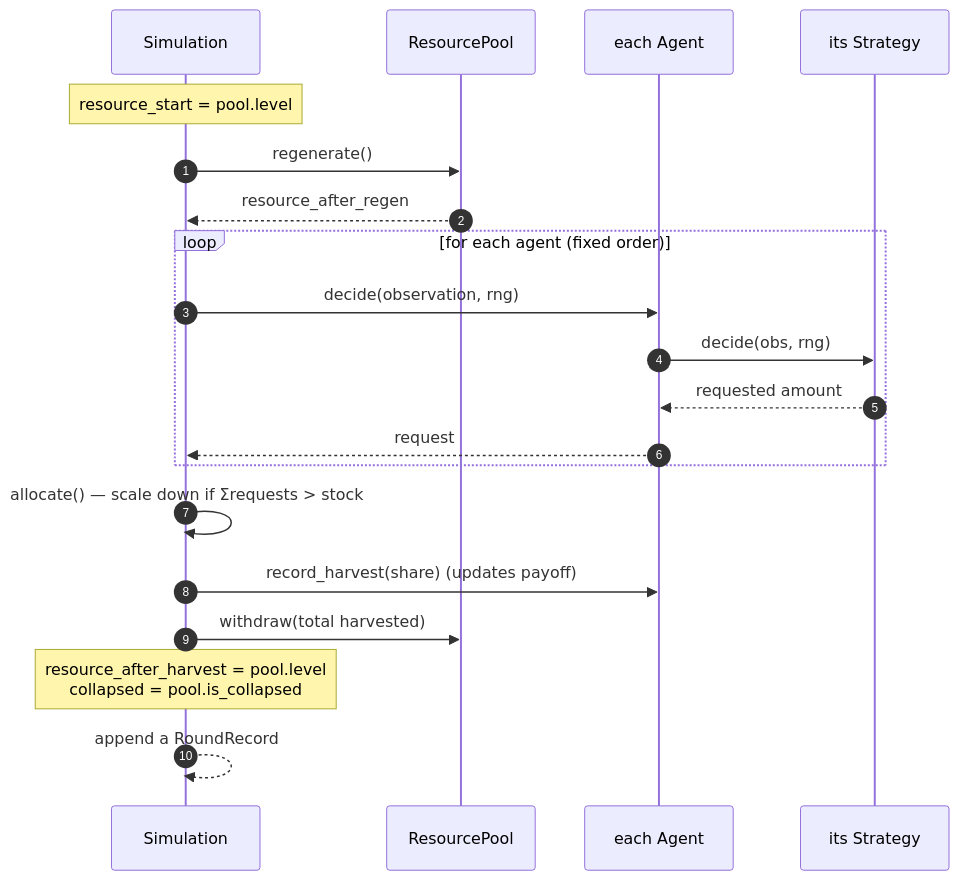
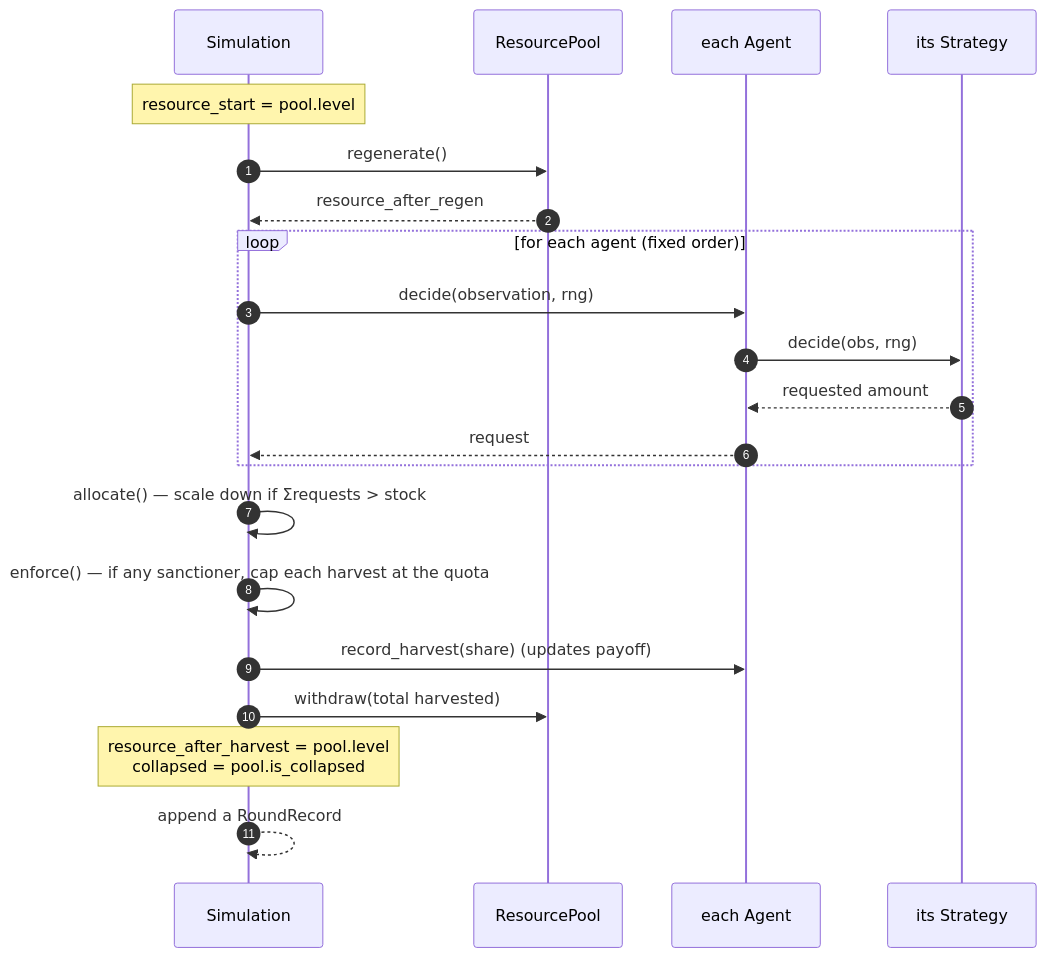
The fifth of 6 diagrams in docs/code-walkthrough.md (loonaarc/wfp2), drawn with Mermaid before and after one commit. The commit also changed other lines of this file and 8 other files, not shown here.

````diff
--- a/docs/code-walkthrough.md
+++ b/docs/code-walkthrough.md
@@ -331,23 +351,24 @@
 ```mermaid
 sequenceDiagram
     autonumber
     participant Sim as Simulation
     participant Pool as ResourcePool
     participant A as each Agent
     participant St as its Strategy
 
     Note over Sim: resource_start = pool.level
     Sim->>Pool: regenerate()
     Pool-->>Sim: resource_after_regen
     loop for each agent (fixed order)
         Sim->>A: decide(observation, rng)
         A->>St: decide(obs, rng)
         St-->>A: requested amount
         A-->>Sim: request
     end
     Sim->>Sim: allocate() — scale down if Σrequests > stock
+    Sim->>Sim: enforce() — if any sanctioner, cap each harvest at the quota
     Sim->>A: record_harvest(share)  (updates payoff)
     Sim->>Pool: withdraw(total harvested)
     Note over Sim: resource_after_harvest = pool.level<br/>collapsed = pool.is_collapsed
     Sim-->>Sim: append a RoundRecord
 ```
````
